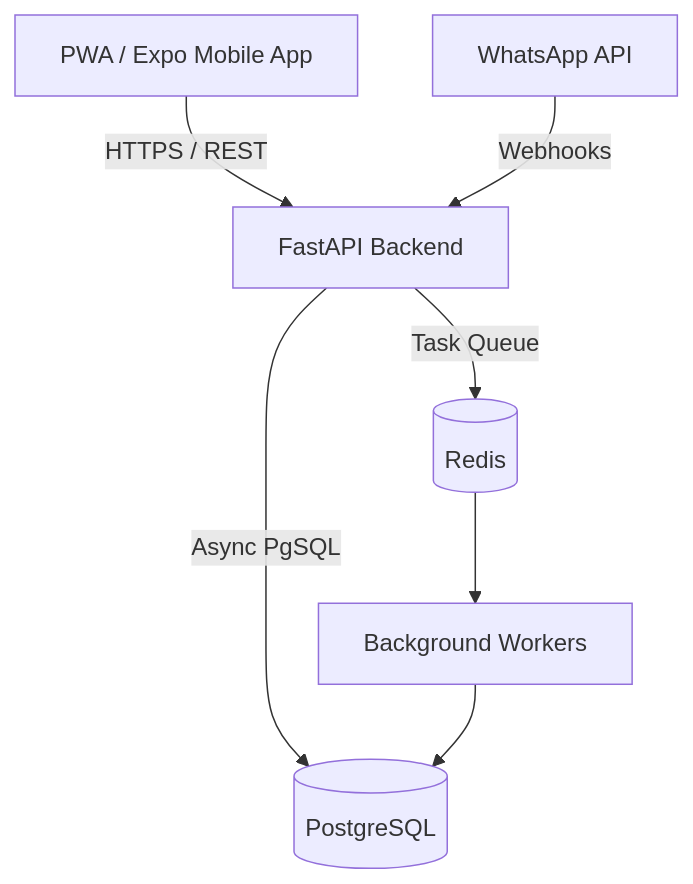
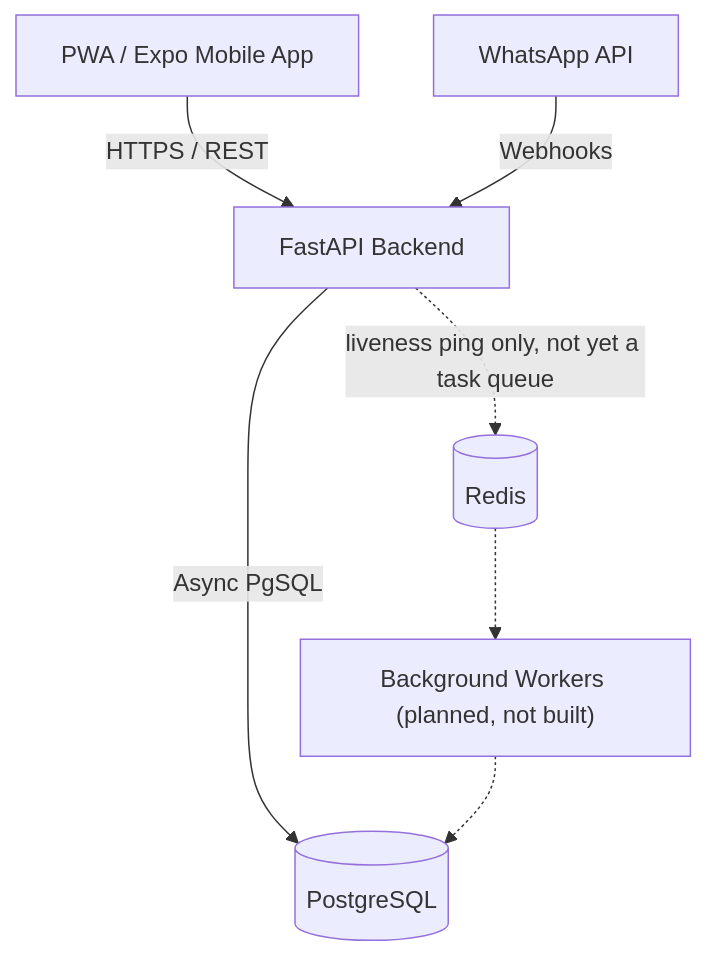
One commit to Rest-creator/MARITCHO changed the diagram in docs/architecture/system_design.md. Above: the diagram before and after it, drawn with Mermaid. The commit also changed other lines of this file and 56 other files, not shown here.

````diff
--- a/docs/architecture/system_design.md
+++ b/docs/architecture/system_design.md
@@ -13,10 +22,10 @@
 ```mermaid
 graph TD
     Client[PWA / Expo Mobile App] -->|HTTPS / REST| API[FastAPI Backend]
     WA[WhatsApp API] -->|Webhooks| API
     
     API -->|Async PgSQL| DB[(PostgreSQL)]
-    API -->|Task Queue| Redis[(Redis)]
-    Redis --> Worker[Background Workers]
-    Worker --> DB
+    API -.->|liveness ping only, not yet a task queue| Redis[(Redis)]
+    Redis -.-> Worker["Background Workers (planned, not built)"]
+    Worker -.-> DB
 ```
````
